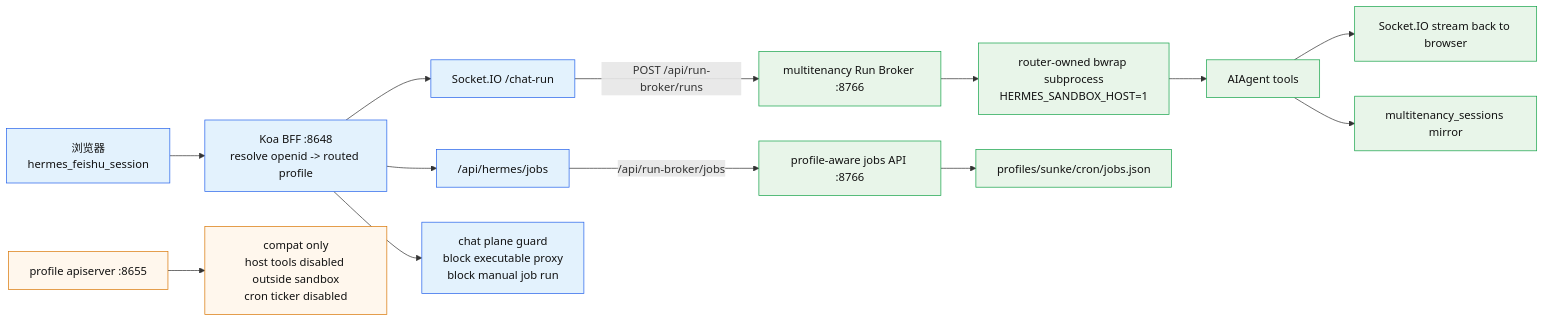
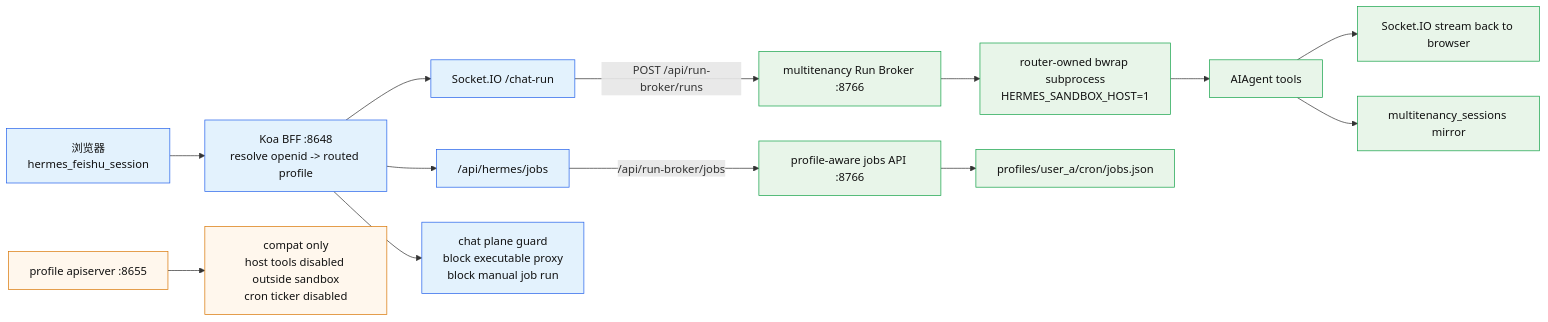
One commit to eggyrooch-blip/hermes-web-ui changed the diagram in ARCHITECTURE-GUIDE.md. Above: the diagram before and after it, drawn with Mermaid. The commit also changed other lines of this file and 32 other files, not shown here.

````diff
--- a/ARCHITECTURE-GUIDE.md
+++ b/ARCHITECTURE-GUIDE.md
@@ -201,24 +201,24 @@
 ```mermaid
 flowchart LR
     Browser["浏览器<br/>hermes_feishu_session"] --> BFF["Koa BFF :8648<br/>resolve openid -> routed profile"]
     BFF --> Chat["Socket.IO /chat-run"]
     BFF --> Jobs["/api/hermes/jobs"]
     BFF --> ProxyGuard["chat plane guard<br/>block executable proxy<br/>block manual job run"]
 
     Chat -->|POST /api/run-broker/runs| Broker["multitenancy Run Broker :8766"]
     Jobs -->|/api/run-broker/jobs| JobsBroker["profile-aware jobs API :8766"]
     Broker --> Sandbox["router-owned bwrap subprocess<br/>HERMES_SANDBOX_HOST=1"]
     Sandbox --> Agent["AIAgent tools"]
     Agent --> SocketOut["Socket.IO stream back to browser"]
     Agent --> Mirror["multitenancy_sessions mirror"]
-    JobsBroker --> JobsFile["profiles/sunke/cron/jobs.json"]
+    JobsBroker --> JobsFile["profiles/user_a/cron/jobs.json"]
 
     Compat["profile apiserver :8655"] --> FailClosed["compat only<br/>host tools disabled outside sandbox<br/>cron ticker disabled"]
 
     classDef web fill:#e3f2fd,stroke:#2563eb,color:#111
     classDef run fill:#e8f5e9,stroke:#16a34a,color:#111
     classDef compat fill:#fff7ed,stroke:#d97706,color:#111
     class Browser,BFF,Chat,Jobs,ProxyGuard web
     class Broker,JobsBroker,Sandbox,Agent,SocketOut,Mirror,JobsFile run
     class Compat,FailClosed compat
 ```
````
